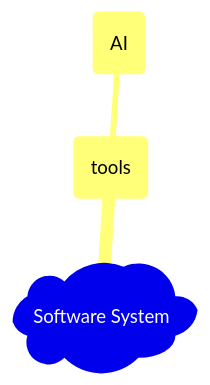
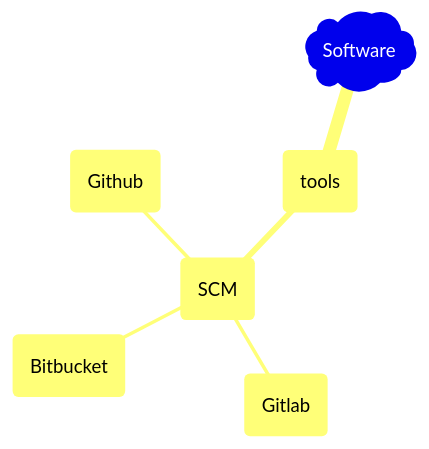
One commit to keenhenry/keenhenry.github.io changed the diagram in _posts/2026-01-30-software-system-mindmap.md. Above: the diagram before and after it, drawn with Mermaid. The commit also changed other lines of this file, not shown here.

````diff
--- a/_posts/2026-01-30-software-system-mindmap.md
+++ b/_posts/2026-01-30-software-system-mindmap.md
@@ -15,6 +15,9 @@
 ```mermaid
 mindmap
-  root)Software System(
+  root)Software(
     l1(tools)
-      l2(AI)
+      l2(SCM)
+        l3-ex1(Github)
+        l3-ex2(Gitlab)
+        l3-ex3(Bitbucket)
 ```
````
